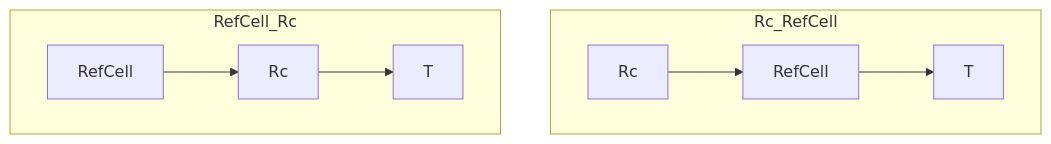
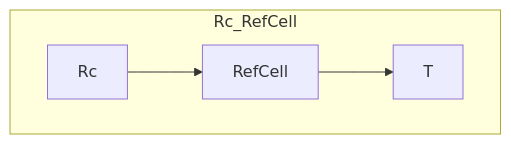
Before and after one commit to xmlbuilder/RustTutorial: the first of 4 diagrams in Chapter-15(SmartPointers_and_MemoryModels)/19-Smart_Pointer_순서.md, drawn with Mermaid.

````diff
--- a/Chapter-15(SmartPointers_and_MemoryModels)/19-Smart_Pointer_순서.md
+++ b/Chapter-15(SmartPointers_and_MemoryModels)/19-Smart_Pointer_순서.md
@@ -142,18 +142,10 @@
 ```mermaid
 graph TD
   subgraph Rc_RefCell
     A1[Rc]
     A2[RefCell]
     A3[T]
     A1 --> A2
     A2 --> A3
   end
-
-  subgraph RefCell_Rc
-    B1[RefCell]
-    B2[Rc]
-    B3[T]
-    B1 --> B2
-    B2 --> B3
-  end
 ```
````
